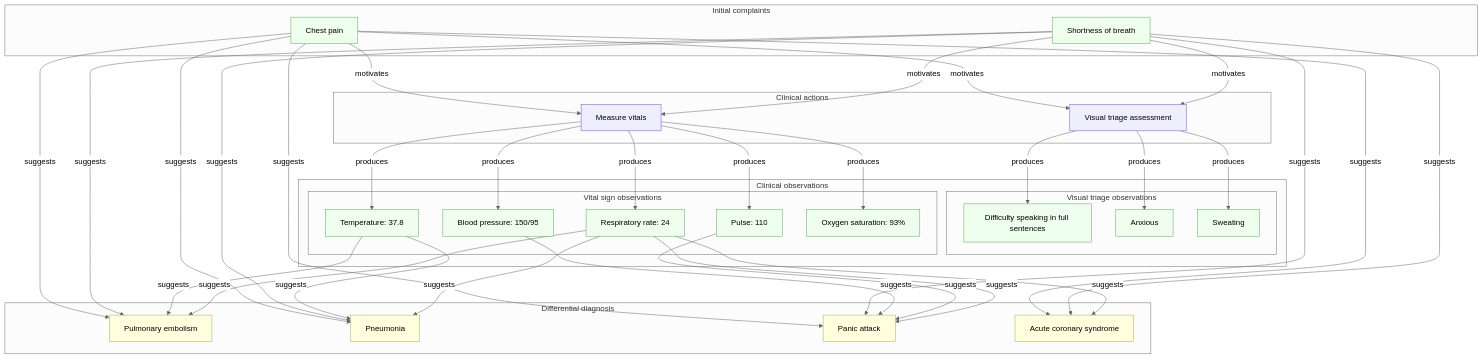
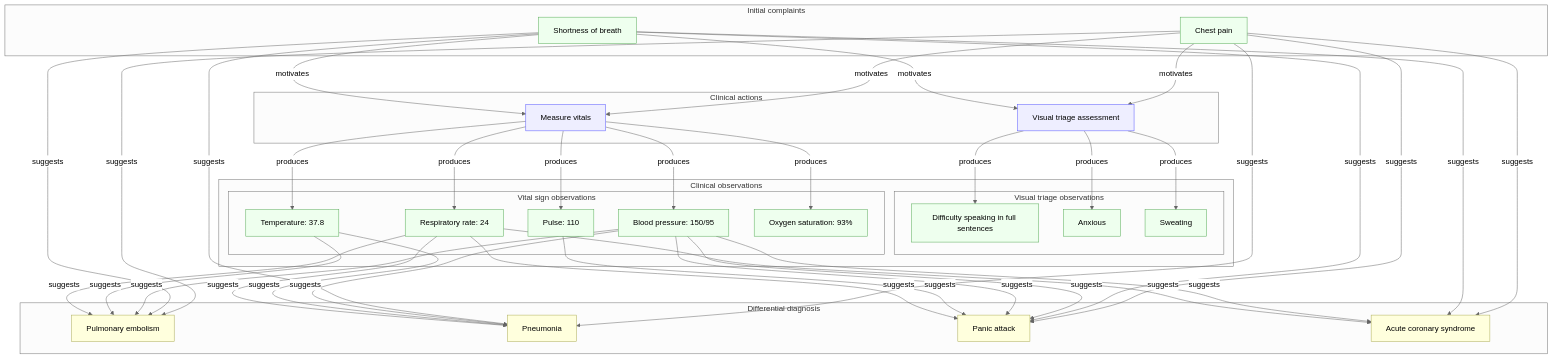
Before and after one commit to kahunacohen/why: the diagram in diagrams/medical.mmd, drawn with Mermaid (neutral theme).

```diff
--- a/diagrams/medical.mmd
+++ b/diagrams/medical.mmd
@@ -1,96 +1,108 @@
 flowchart TD
 
   %% =========================
   %% INITIAL PRESENTATION
   %% =========================
   subgraph initial["Initial complaints"]
     O1["Chest pain"]
     O2["Shortness of breath"]
   end
 
   %% =========================
   %% CLINICAL ACTIONS
   %% =========================
   subgraph actions["Clinical actions"]
     A1["Visual triage assessment"]
     A2["Measure vitals"]
   end
 
   O1 -->|motivates| A1
   O2 -->|motivates| A1
   O1 -->|motivates| A2
   O2 -->|motivates| A2
 
   %% =========================
   %% OBSERVATIONS
   %% =========================
   subgraph observations["Clinical observations"]
 
     subgraph visual["Visual triage observations"]
       O6["Difficulty speaking in full sentences"]
       O7["Anxious"]
       O8["Sweating"]
     end
 
     subgraph vitals["Vital sign observations"]
       O3["Blood pressure: 150/95"]
       O4["Pulse: 110"]
       O5["Temperature: 37.8"]
       O9["Respiratory rate: 24"]
       O10["Oxygen saturation: 93%"]
     end
 
   end
 
   A1 -->|produces| O6
   A1 -->|produces| O7
   A1 -->|produces| O8
 
   A2 -->|produces| O3
   A2 -->|produces| O4
   A2 -->|produces| O5
   A2 -->|produces| O9
   A2 -->|produces| O10
 
   %% =========================
   %% DIFFERENTIAL DIAGNOSIS
   %% =========================
   subgraph hypotheses["Differential diagnosis"]
     H1["Pulmonary embolism"]
     H2["Pneumonia"]
     H3["Panic attack"]
     H4["Acute coronary syndrome"]
   end
 
-  %% Initial complaints → hypotheses
+  %% Initial complaints suggest → all hypotheses
   O1 -->|suggests| H1
   O1 -->|suggests| H2
   O1 -->|suggests| H3
   O1 -->|suggests| H4
 
   O2 -->|suggests| H1
   O2 -->|suggests| H2
   O2 -->|suggests| H3
   O2 -->|suggests| H4
 
+  O3 -->|suggests| H1
+  O3 -->|suggests| H2
+  O3 -->|suggests| H3
+  O3 -->|suggests| H4
+
+
+
+
+
+  
+
   %% Vital signs → hypotheses
+  %% suggest panic attack
   O3 -->|suggests| H3
   O4 -->|suggests| H3
   O9 -->|suggests| H3
 
   O5 -->|suggests| H2
   O5 -->|suggests| H1
   O9 -->|suggests| H1
   O9 -->|suggests| H2
   O9 -->|suggests| H4
 
   %% =========================
   %% STYLES
   %% =========================
   classDef obs fill:#efe,stroke:#5a5
   classDef action fill:#eef,stroke:#55f
   classDef hyp fill:#ffd,stroke:#aa5
 
   class O1,O2,O3,O4,O5,O6,O7,O8,O9,O10 obs
   class A1,A2 action
   class H1,H2,H3,H4 hyp
```
